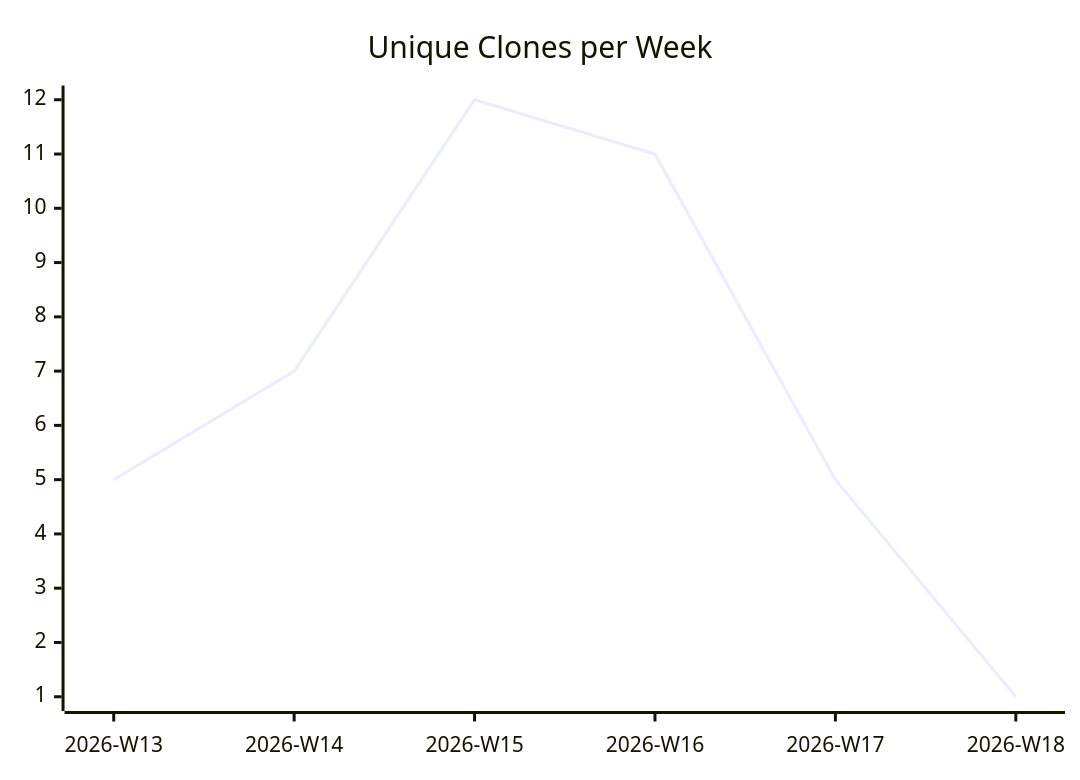
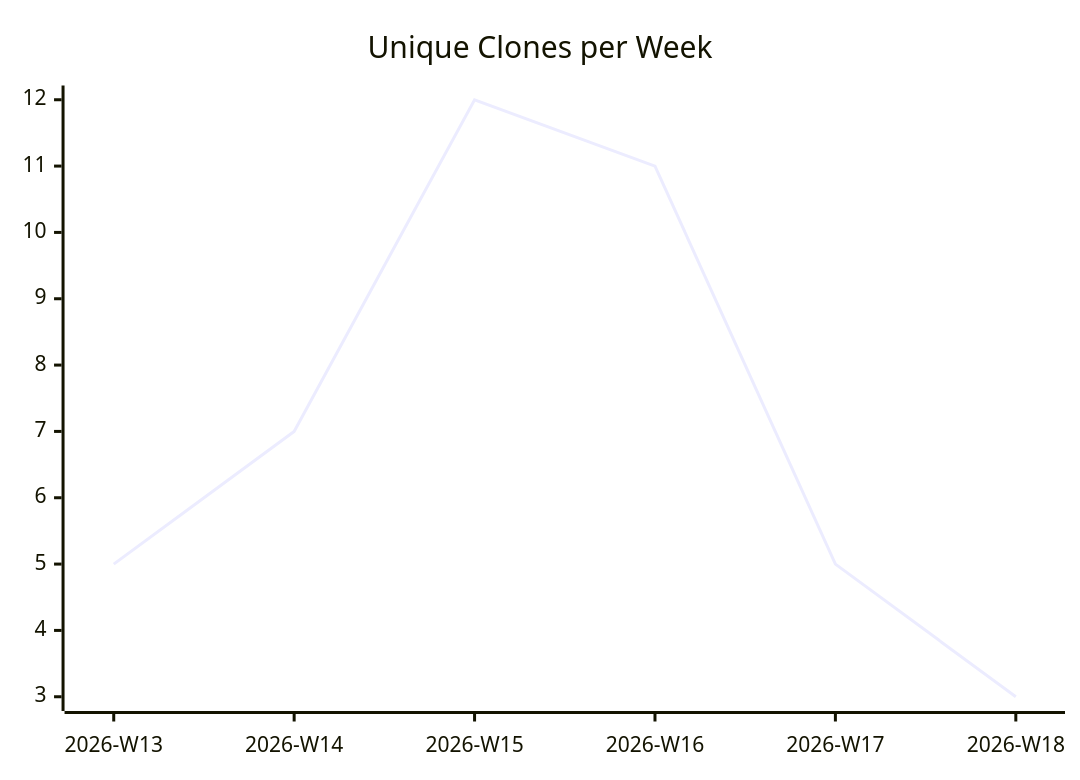
The third of 3 diagrams in karlmdavis/fhir-benchmarks/README.md (justdavis-family/github-analytics-data), drawn with Mermaid before and after one commit. The commit also changed other lines of this file and 185 other files, not shown here.

````diff
--- a/karlmdavis/fhir-benchmarks/README.md
+++ b/karlmdavis/fhir-benchmarks/README.md
@@ -19,6 +19,6 @@
 ```mermaid
 xychart-beta
   title "Unique Clones per Week"
   x-axis ["2026-W13", "2026-W14", "2026-W15", "2026-W16", "2026-W17", "2026-W18"]
-  line [5, 7, 12, 11, 5, 1]
+  line [5, 7, 12, 11, 5, 3]
 ```
````
